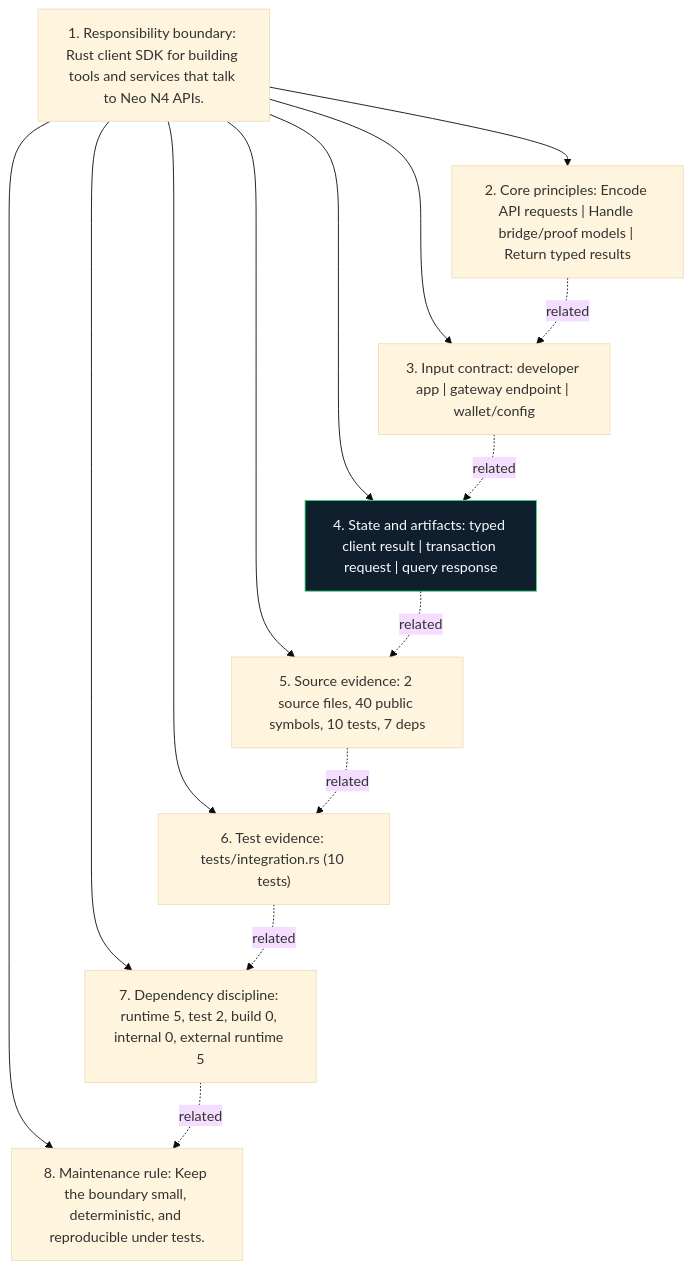
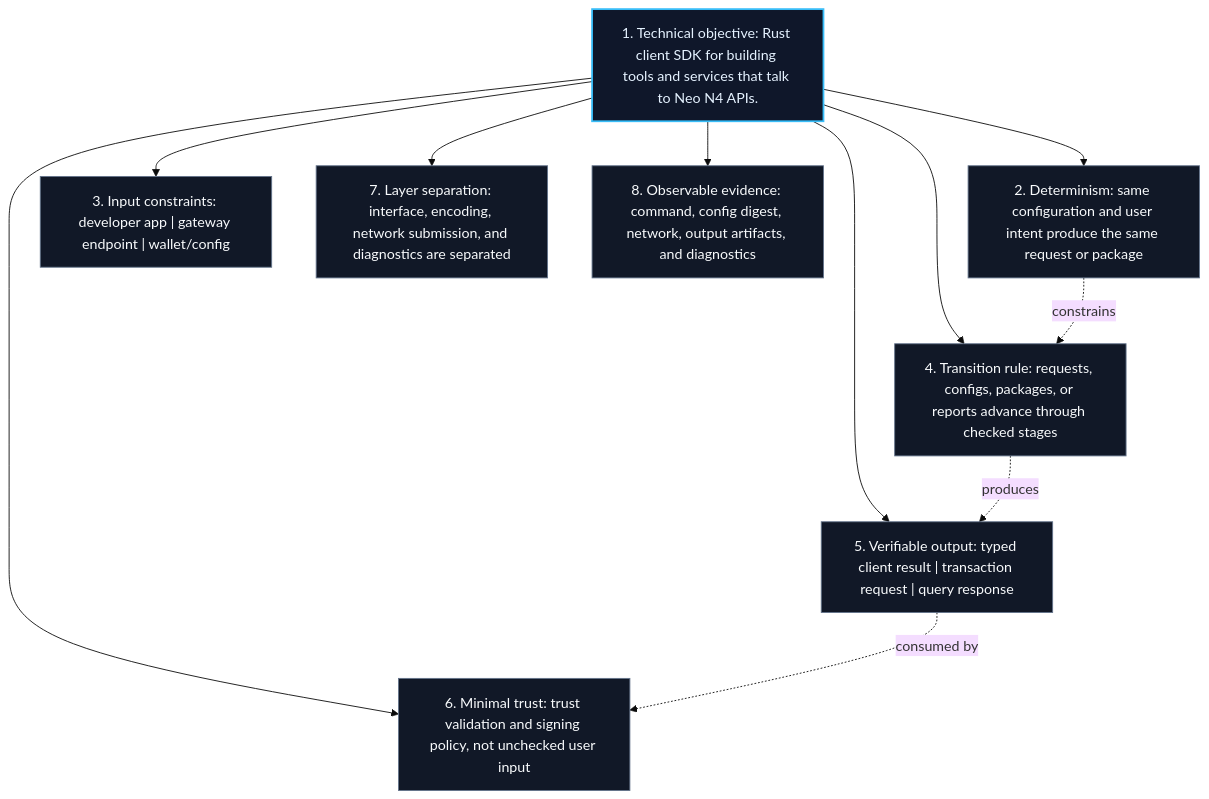
The diagram in sdk/rust/docs/figures/principles.mmd (r3e-network/neo-n4), drawn with Mermaid (base theme) before and after one commit. The commit also changed 515 other files, not shown here.

Commit message:
Replace crate diagrams with technical views

```diff
--- a/sdk/rust/docs/figures/principles.mmd
+++ b/sdk/rust/docs/figures/principles.mmd
@@ -1,24 +1,23 @@
 flowchart TB
-    N1["1. Responsibility boundary: Rust client SDK for building tools and services that talk to Neo N4 APIs."]
-    N2["2. Core principles: Encode API requests | Handle bridge/proof models | Return typed results"]
-    N3["3. Input contract: developer app | gateway endpoint | wallet/config"]
-    N4["4. State and artifacts: typed client result | transaction request | query response"]
-    N5["5. Source evidence: 2 source files, 40 public symbols, 10 tests, 7 deps"]
-    N6["6. Test evidence: tests/integration.rs (10 tests)"]
-    N7["7. Dependency discipline: runtime 5, test 2, build 0, internal 0, external runtime 5"]
-    N8["8. Maintenance rule: Keep the boundary small, deterministic, and reproducible under tests."]
+    N1["1. Technical objective: Rust client SDK for building tools and services that talk to Neo N4 APIs."]
+    N2["2. Determinism: same configuration and user intent produce the same request or package"]
+    N3["3. Input constraints: developer app | gateway endpoint | wallet/config"]
+    N4["4. Transition rule: requests, configs, packages, or reports advance through checked stages"]
+    N5["5. Verifiable output: typed client result | transaction request | query response"]
+    N6["6. Minimal trust: trust validation and signing policy, not unchecked user input"]
+    N7["7. Layer separation: interface, encoding, network submission, and diagnostics are separated"]
+    N8["8. Observable evidence: command, config digest, network, output artifacts, and diagnostics"]
     N1 --> N2
     N1 --> N3
     N1 --> N4
     N1 --> N5
     N1 --> N6
     N1 --> N7
     N1 --> N8
-    N2 -. related .-> N3
-    N3 -. related .-> N4
-    N4 -. related .-> N5
-    N5 -. related .-> N6
-    N6 -. related .-> N7
-    N7 -. related .-> N8
-    classDef crate fill:#101f2d,stroke:#38d978,color:#f6fbff
-    class N4 crate
+    N2 -. constrains .-> N4
+    N4 -. produces .-> N5
+    N5 -. consumed by .-> N6
+    classDef core fill:#0f172a,stroke:#38bdf8,color:#e5f2ff,stroke-width:2px;
+    classDef support fill:#111827,stroke:#64748b,color:#f8fafc;
+    class N1 core;
+    class N2,N3,N4,N5,N6,N7,N8 support;
```
